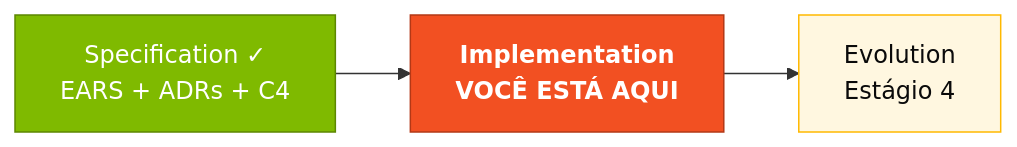
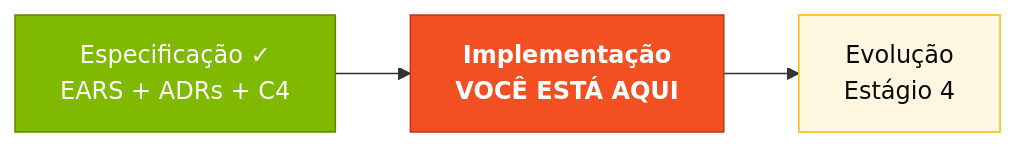
One commit to paulasilvatech/hackathon-datacorp-team-kit changed the first of 2 diagrams in pt-br/03-implementacao/README.md. Above: the diagram before and after it, drawn with Mermaid. The commit also changed other lines of this file and 172 other files, not shown here.

````diff
--- a/pt-br/03-implementacao/README.md
+++ b/pt-br/03-implementacao/README.md
@@ -21,12 +21,12 @@
 ```mermaid
 flowchart LR
  classDef done fill:#7FBA00,stroke:#5C8700,color:#fff
  classDef current fill:#F25022,stroke:#B33816,color:#fff,font-weight:bold
  classDef next fill:#FFF7E0,stroke:#FFB900,color:#0A0A0A
 
- SP[Specification ✓<br/>EARS + ADRs + C4]:::done
- IM[Implementation<br/>VOCÊ ESTÁ AQUI]:::current
- EV[Evolution<br/>Estágio 4]:::next
+ SP[Especificação ✓<br/>EARS + ADRs + C4]:::done
+ IM[Implementação<br/>VOCÊ ESTÁ AQUI]:::current
+ EV[Evolução<br/>Estágio 4]:::next
 
  SP --> IM --> EV
 ```
````
